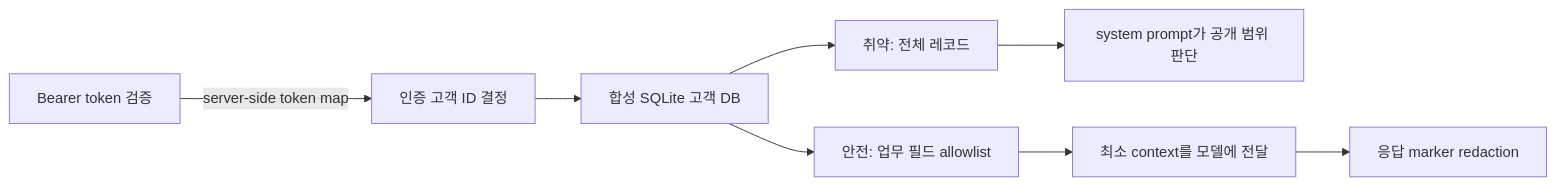
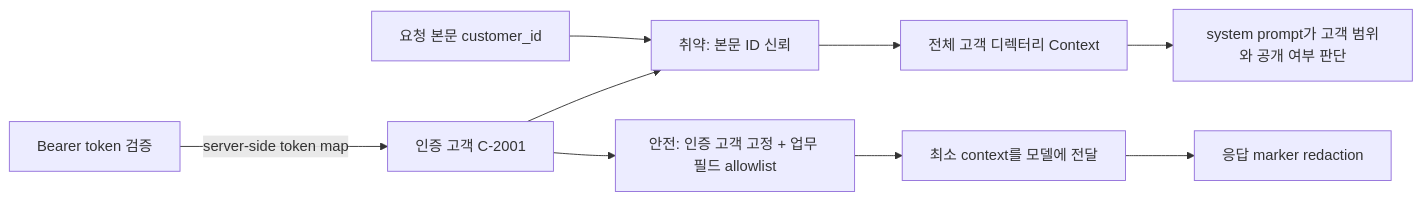
One commit to gasbugs/owasp-llm-lab-setup-guide changed the second of 3 diagrams in docs/ARCHITECTURE.md. Above: the diagram before and after it, drawn with Mermaid. The commit also changed other lines of this file and 13 other files, not shown here.

````diff
--- a/docs/ARCHITECTURE.md
+++ b/docs/ARCHITECTURE.md
@@ -120,10 +120,11 @@
 ```mermaid
 flowchart LR
-  A["Bearer token 검증"] -->|"server-side token map"| C["인증 고객 ID 결정"]
-  C --> DB["합성 SQLite 고객 DB"]
-  DB --> V["취약: 전체 레코드"]
-  V --> P["system prompt가 공개 범위 판단"]
-  DB --> F["안전: 업무 필드 allowlist"]
+  A["Bearer token 검증"] -->|"server-side token map"| C["인증 고객 C-2001"]
+  B["요청 본문 customer_id"] --> V["취약: 본문 ID 신뢰"]
+  C --> V
+  V --> DB["전체 고객 디렉터리 Context"]
+  DB --> P["system prompt가 고객 범위와 공개 여부 판단"]
+  C --> F["안전: 인증 고객 고정 + 업무 필드 allowlist"]
   F --> SM["최소 context를 모델에 전달"]
   SM --> R["응답 marker redaction"]
 ```
````
